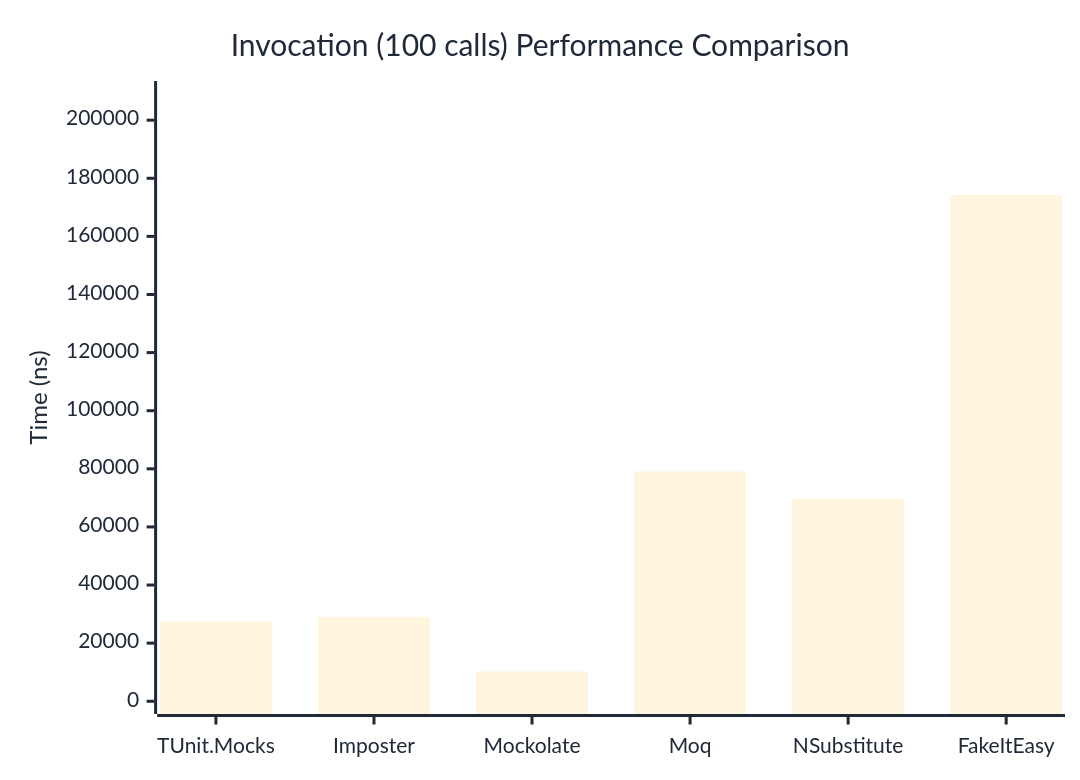
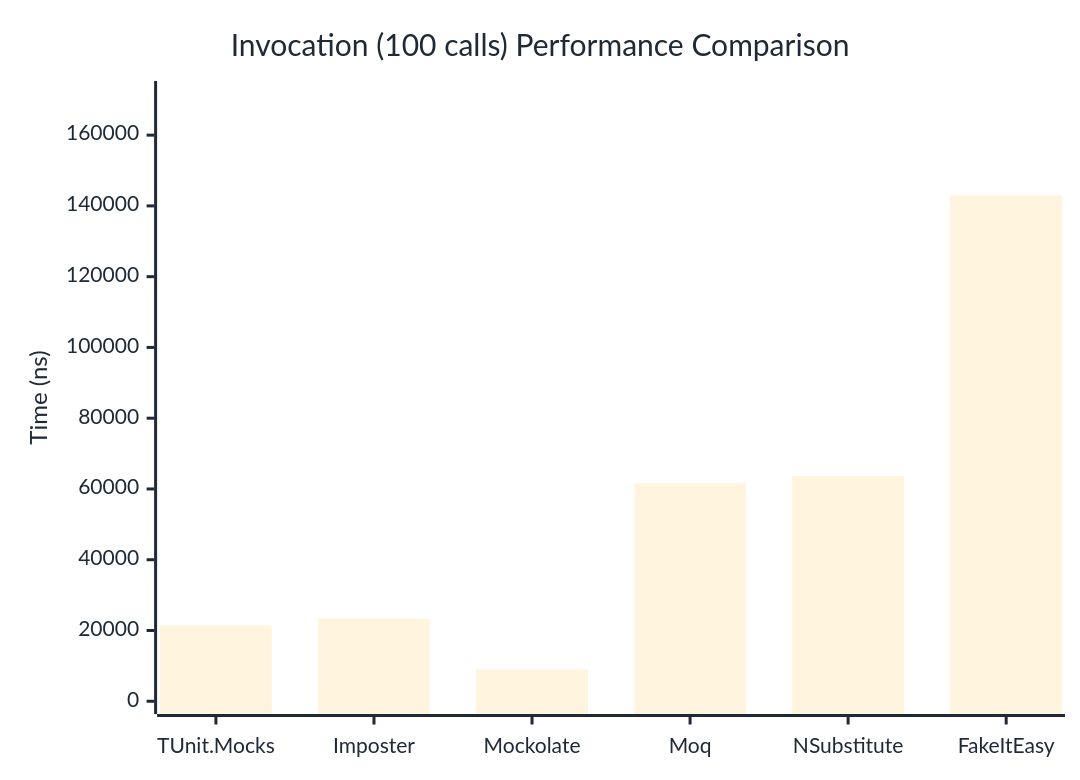
Before and after one commit to thomhurst/TUnit: the third of 3 diagrams in docs/docs/benchmarks/mocks/Invocation.md, drawn with Mermaid. The commit also changed other lines of this file and 14 other files, not shown here.

````diff
--- a/docs/docs/benchmarks/mocks/Invocation.md
+++ b/docs/docs/benchmarks/mocks/Invocation.md
@@ -112,27 +112,27 @@
 ```mermaid
 %%{init: {
   'theme':'base',
   'themeVariables': {
     'primaryColor': '#2563eb',
     'primaryTextColor': '#1f2937',
     'primaryBorderColor': '#1e40af',
     'lineColor': '#6b7280',
     'secondaryColor': '#7c3aed',
     'tertiaryColor': '#dc2626',
     'background': '#ffffff',
     'pie1': '#2563eb',
     'pie2': '#7c3aed',
     'pie3': '#dc2626',
     'pie4': '#f59e0b',
     'pie5': '#10b981',
     'pie6': '#06b6d4',
     'pie7': '#ec4899',
     'pie8': '#6366f1'
   }
 }}%%
 xychart-beta
   title "Invocation (100 calls) Performance Comparison"
   x-axis ["TUnit.Mocks", "Imposter", "Mockolate", "Moq", "NSubstitute", "FakeItEasy"]
-  y-axis "Time (ns)" 0 --> 209094
-  bar [27398.54, 29066.05, 10258.76, 79082.11, 69655.32, 174244.34]
+  y-axis "Time (ns)" 0 --> 171697
+  bar [21444.91, 23364.56, 9023.1, 61562.38, 63622.43, 143080.25]
 ```
````
